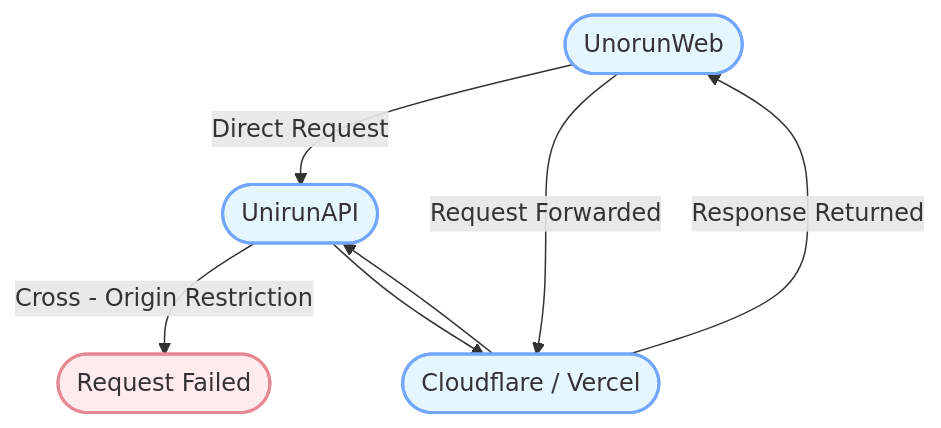
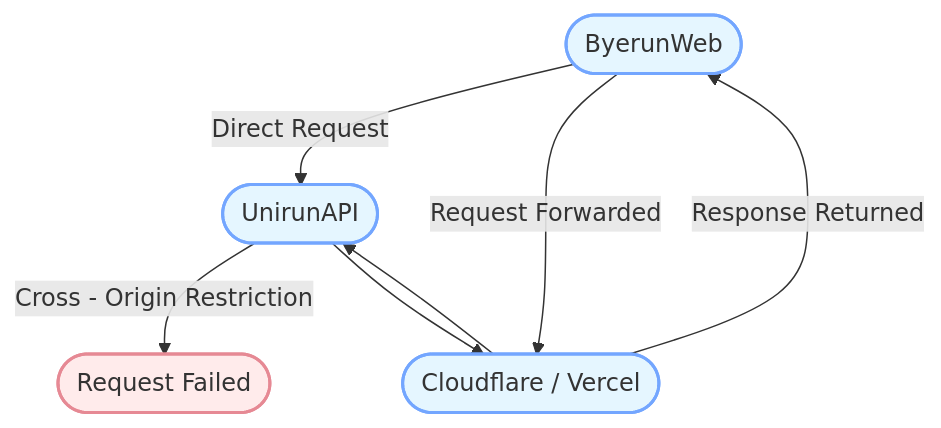
Before and after one commit to yanyaoli/byerun-web: the diagram in README.md, drawn with Mermaid. The commit also changed other lines of this file, not shown here.

````diff
--- a/README.md
+++ b/README.md
@@ -82,21 +87,21 @@
 ```mermaid
 graph TD;
 
     classDef process fill:#E5F6FF,stroke:#73A6FF,stroke-width:2px;
 
     classDef error fill:#FFEBEB,stroke:#E68994,stroke-width:2px;
 
 
 
-    A([UnorunWeb]):::process -->|Direct Request| U([UnirunAPI]):::process
+    A([ByerunWeb]):::process -->|Direct Request| U([UnirunAPI]):::process
 
     U --> |Cross - Origin Restriction| E([Request Failed]):::error
 
     A -->|Request Forwarded | C([Cloudflare / Vercel]):::process
 
     C --> U
 
     U --> C
 
     C --> |Response Returned| A
 ```
````
